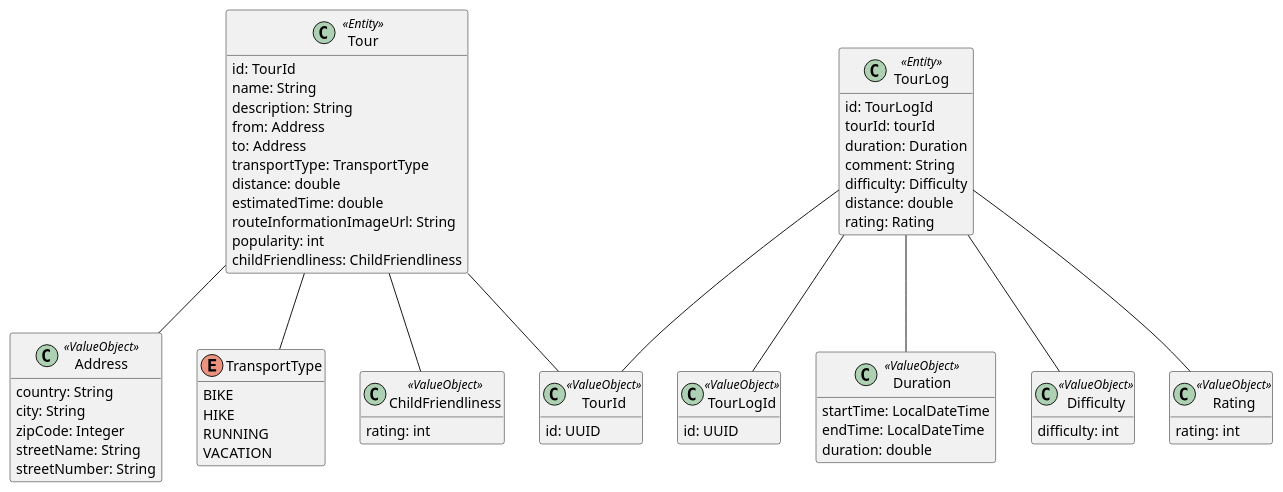
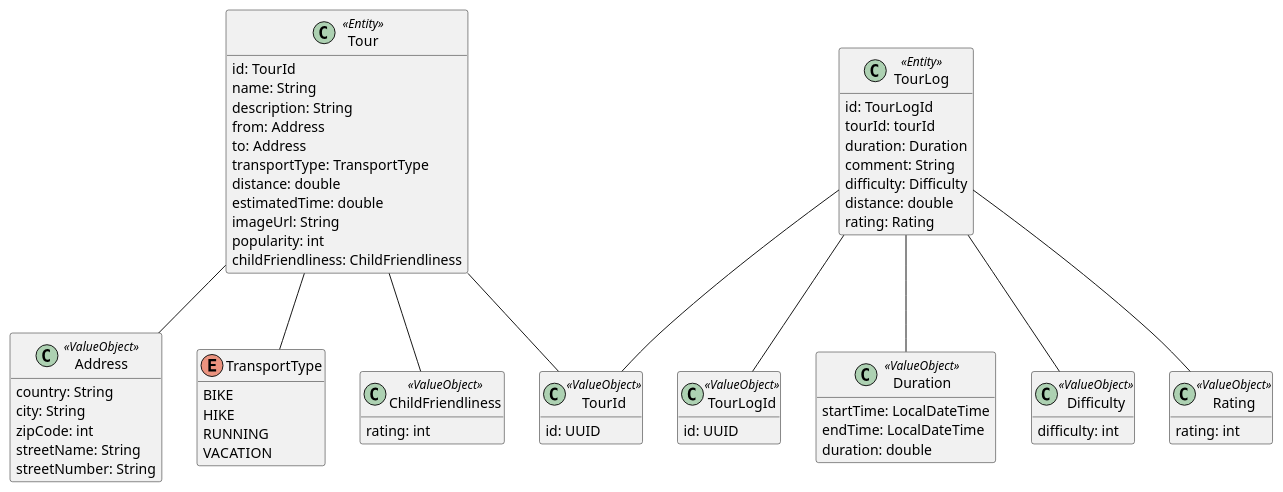
The diagram in src/docs/DomainModel.puml (ThomasBoigner/BIF4-SWEN-Tour-Planner-Server), drawn with PlantUML before and after one commit. The commit also changed 23 other files, not shown here.

```diff
--- a/src/docs/DomainModel.puml
+++ b/src/docs/DomainModel.puml
@@ -1,81 +1,81 @@
 @startuml
 hide methods
 
 class Tour <<Entity>> {
     id: TourId
     name: String
     description: String
     from: Address
     to: Address
     transportType: TransportType
     distance: double
     estimatedTime: double
-    routeInformationImageUrl: String
+    imageUrl: String
     popularity: int
     childFriendliness: ChildFriendliness
 }
 
 class TourId <<ValueObject>> {
     id: UUID
 }
 
 class Address <<ValueObject>> {
     country: String
     city: String
-    zipCode: Integer
+    zipCode: int
     streetName: String
     streetNumber: String
 }
 
 enum TransportType {
     BIKE
     HIKE
     RUNNING
     VACATION
 }
 
 class ChildFriendliness <<ValueObject>> {
     rating: int
 }
 
 class TourLog <<Entity>> {
     id: TourLogId
     tourId: tourId
     duration: Duration
     comment: String
     difficulty: Difficulty
     distance: double
     rating: Rating
 }
 
 class TourLogId <<ValueObject>> {
     id: UUID
 }
 
 class Duration <<ValueObject>> {
     startTime: LocalDateTime
     endTime: LocalDateTime
     duration: double
 }
 
 class Difficulty <<ValueObject>> {
     difficulty: int
 }
 
 class Rating <<ValueObject>> {
     rating: int
 }
 
 Tour -- TourId
 Tour -- Address
 Tour -- TransportType
 Tour -- ChildFriendliness
 
 TourLog -- TourLogId
 TourLog -- TourId
 TourLog -- Duration
 TourLog -- Difficulty
 TourLog -- Rating
 
 
 @enduml
```
